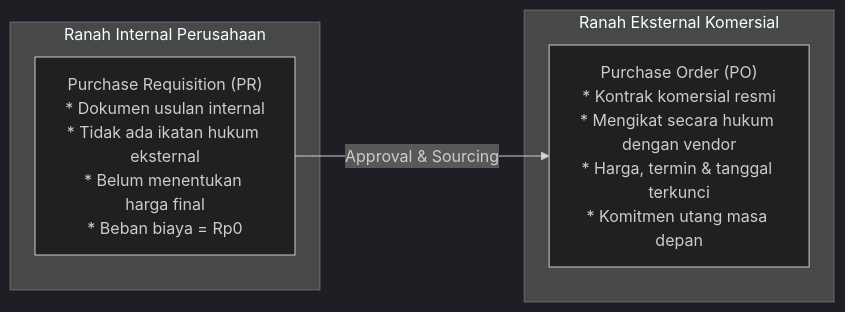
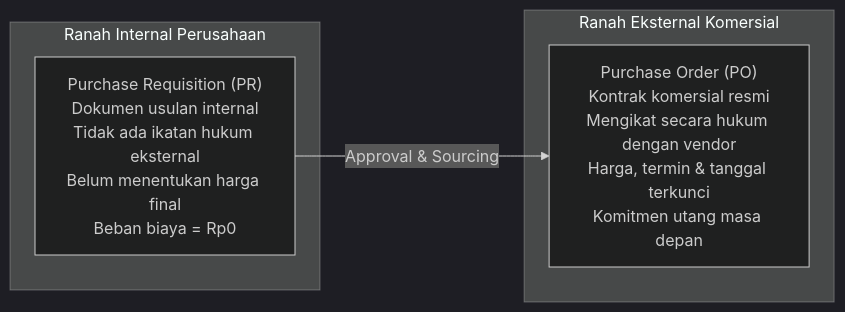
One commit to alimurrofid/erp-notes changed the first of 2 diagrams in content/04-purchasing/purchase-requisition.md. Above: the diagram before and after it, drawn with Mermaid (dark theme). The commit also changed 59 other files, not shown here.

Commit message:
fix(content):enter character mermaid

````diff
--- a/content/04-purchasing/purchase-requisition.md
+++ b/content/04-purchasing/purchase-requisition.md
@@ -29,12 +29,12 @@
 ```mermaid
 flowchart LR
     subgraph InternalEntity["Ranah Internal Perusahaan"]
-        PR["Purchase Requisition (PR)\n* Dokumen usulan internal\n* Tidak ada ikatan hukum eksternal\n* Belum menentukan harga final\n* Beban biaya = Rp0"]
+        PR["Purchase Requisition (PR)<br/>Dokumen usulan internal<br/>Tidak ada ikatan hukum eksternal<br/>Belum menentukan harga final<br/>Beban biaya = Rp0"]
     end
 
     subgraph ExternalEntity["Ranah Eksternal Komersial"]
-        PO["Purchase Order (PO)\n* Kontrak komersial resmi\n* Mengikat secara hukum dengan vendor\n* Harga, termin & tanggal terkunci\n* Komitmen utang masa depan"]
+        PO["Purchase Order (PO)<br/>Kontrak komersial resmi<br/>Mengikat secara hukum dengan vendor<br/>Harga, termin & tanggal terkunci<br/>Komitmen utang masa depan"]
     end
 
     PR -->|Approval & Sourcing| PO
 ```
````
